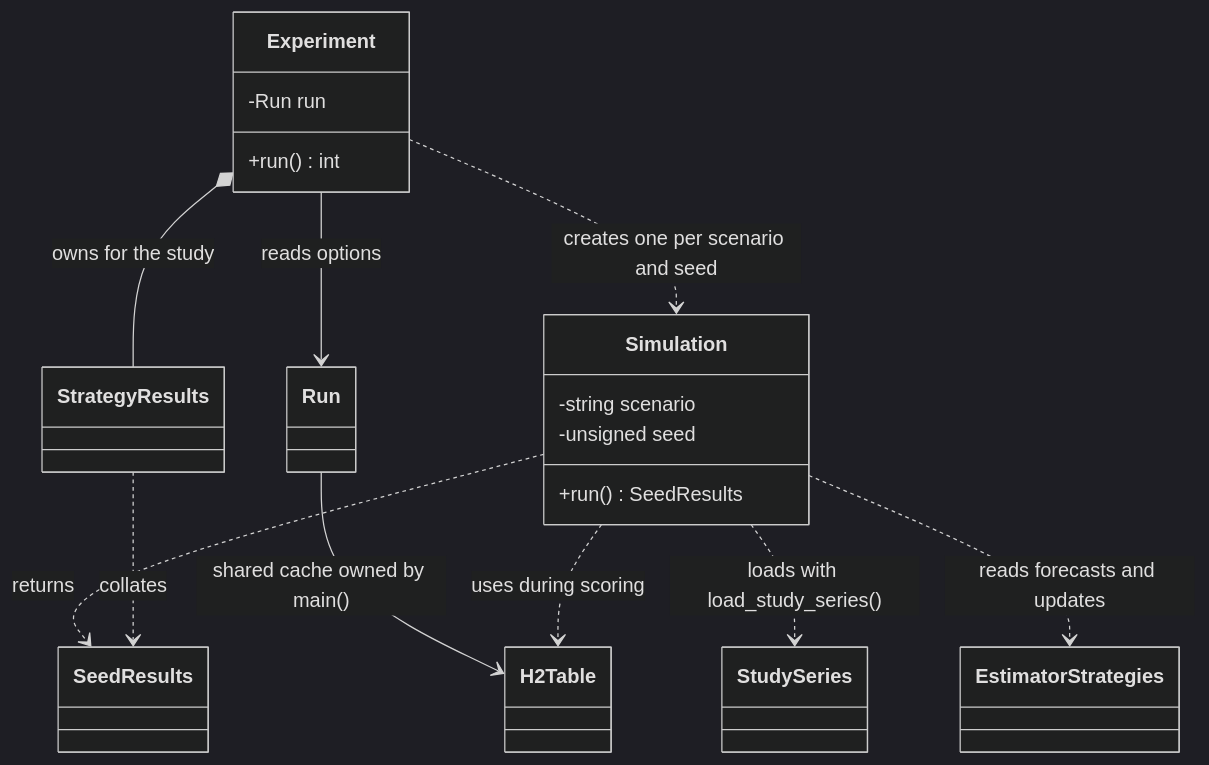
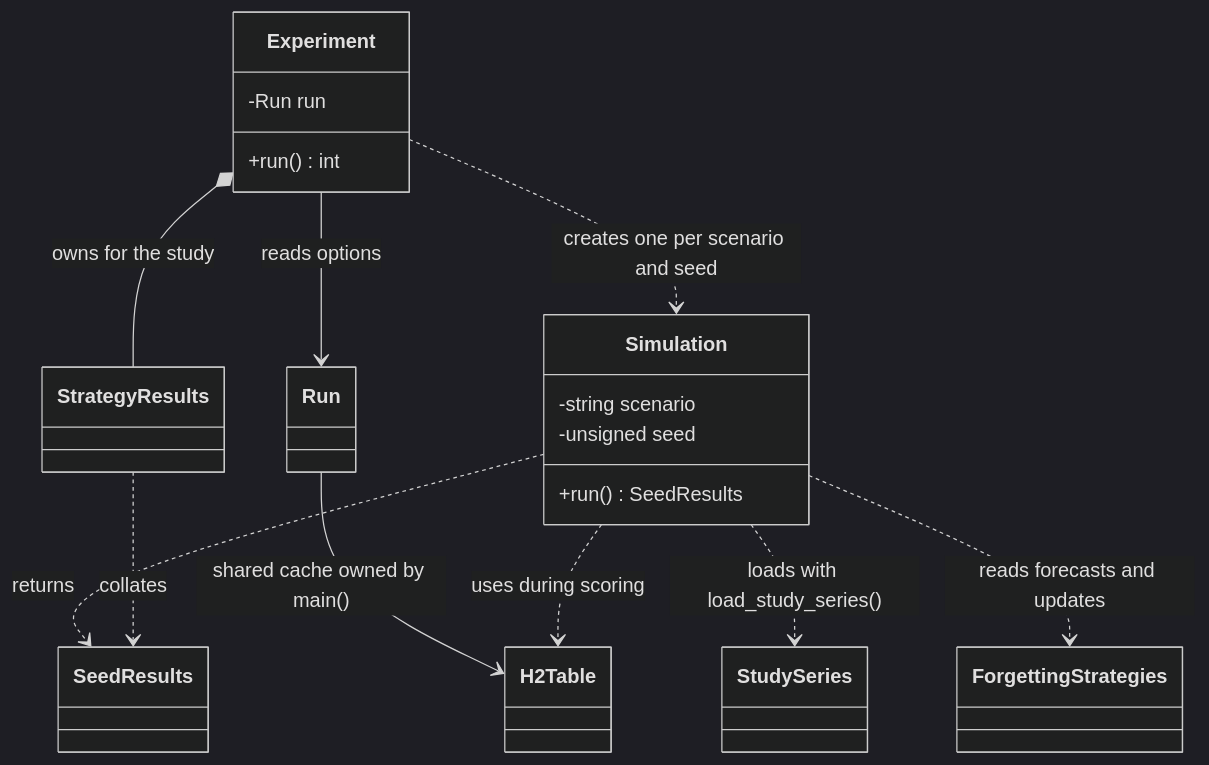
One commit to sallyysun/datastreamer changed the first of 2 diagrams in experiments/docs/design/simulation.md. Above: the diagram before and after it, drawn with Mermaid (dark theme). The commit also changed other lines of this file and 16 other files, not shown here.

Commit message:
Split StrategyResults and Simulation headers, one replay type, ForgettingStrategies; 6.2 plot tidy; mode-function plan

````diff
--- a/experiments/docs/design/simulation.md
+++ b/experiments/docs/design/simulation.md
@@ -68,28 +68,28 @@
 ```mermaid
 classDiagram
     class Experiment {
         -Run run
         +run() int
     }
     class Run
     class Simulation {
         -string scenario
         -unsigned seed
         +run() SeedResults
     }
     class SeedResults
     class StrategyResults
     class StudySeries
-    class EstimatorStrategies
+    class ForgettingStrategies
     class H2Table
 
     Experiment *-- StrategyResults : owns for the study
     Experiment --> Run : reads options
     Run --> H2Table : shared cache owned by main()
     Experiment ..> Simulation : creates one per scenario and seed
     Simulation ..> StudySeries : loads with load_study_series()
-    Simulation ..> EstimatorStrategies : reads forecasts and updates
+    Simulation ..> ForgettingStrategies : reads forecasts and updates
     Simulation ..> H2Table : uses during scoring
     Simulation ..> SeedResults : returns
     StrategyResults ..> SeedResults : collates
 ```
````
